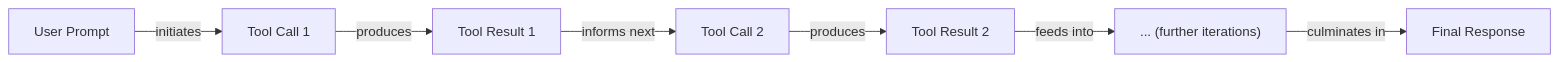
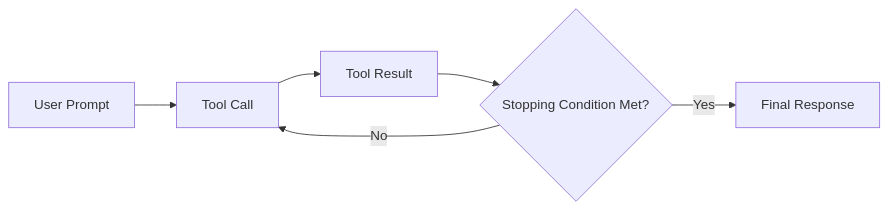
Before and after one commit to YMaXing/Research-Agent-reinforced-by-RL: the third of 3 diagrams in RL_researcher_writer_ymaxing/rl_training_data/noise_experiment/06_tools__var_standard__replicate2__preset1/article_000.md, drawn with Mermaid. The commit also changed other lines of this file and 4528 other files, not shown here.

````diff
--- a/RL_researcher_writer_ymaxing/rl_training_data/noise_experiment/06_tools__var_standard__replicate2__preset1/article_000.md
+++ b/RL_researcher_writer_ymaxing/rl_training_data/noise_experiment/06_tools__var_standard__replicate2__preset1/article_000.md
@@ -826,9 +741,14 @@
 ```mermaid
 flowchart LR
-    A["User Prompt"] -- "initiates" --> B["Tool Call 1"]
-    B -- "produces" --> C["Tool Result 1"]
-    C -- "informs next" --> D["Tool Call 2"]
-    D -- "produces" --> E["Tool Result 2"]
-    E -- "feeds into" --> F["... (further iterations)"]
-    F -- "culminates in" --> G["Final Response"]
+  A["User Prompt"]
+  B["Tool Call"]
+  C["Tool Result"]
+  D{"Stopping Condition Met?"}
+  E["Final Response"]
+
+  A --> B
+  B --> C
+  C --> D
+  D -- "No" --> B
+  D -- "Yes" --> E
 ```
````
